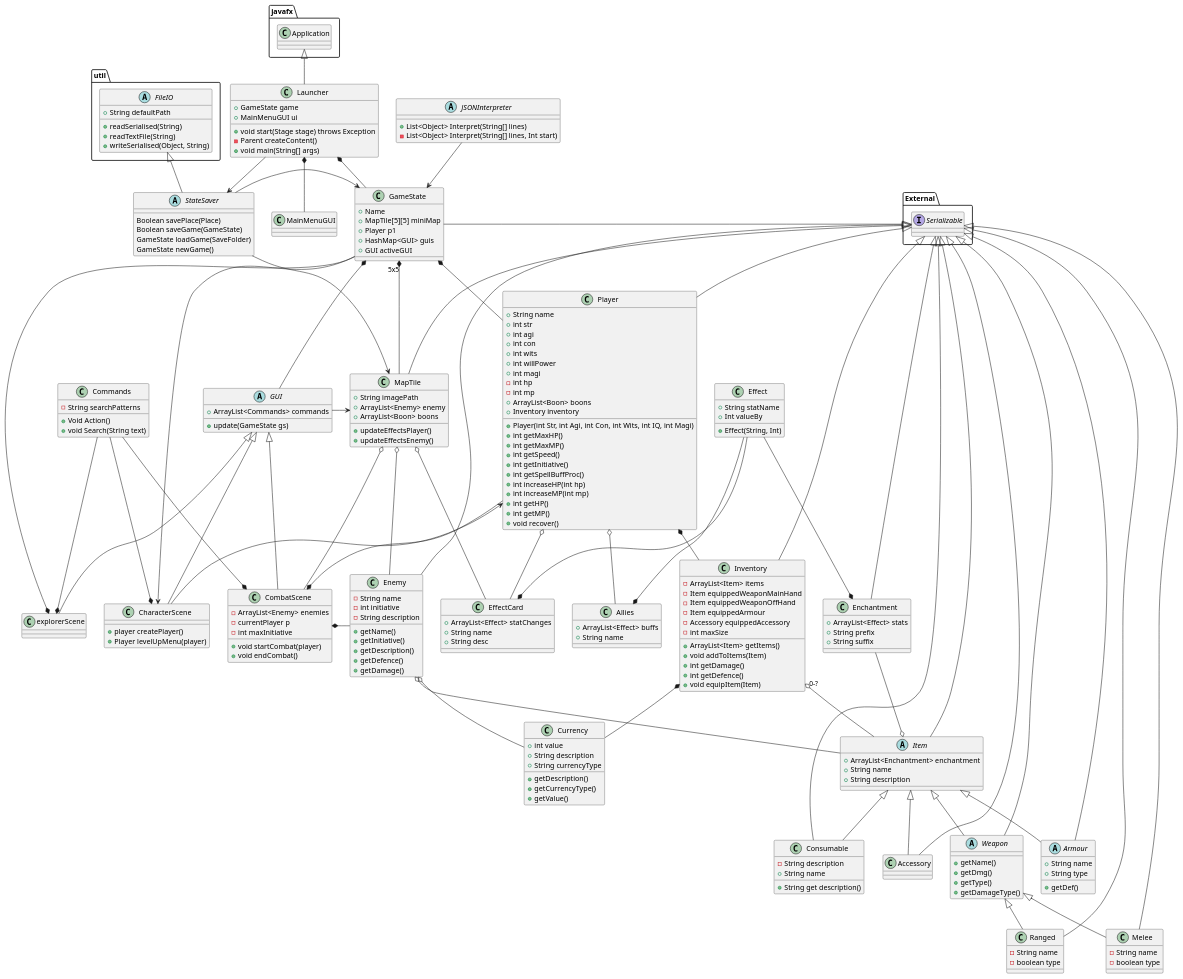
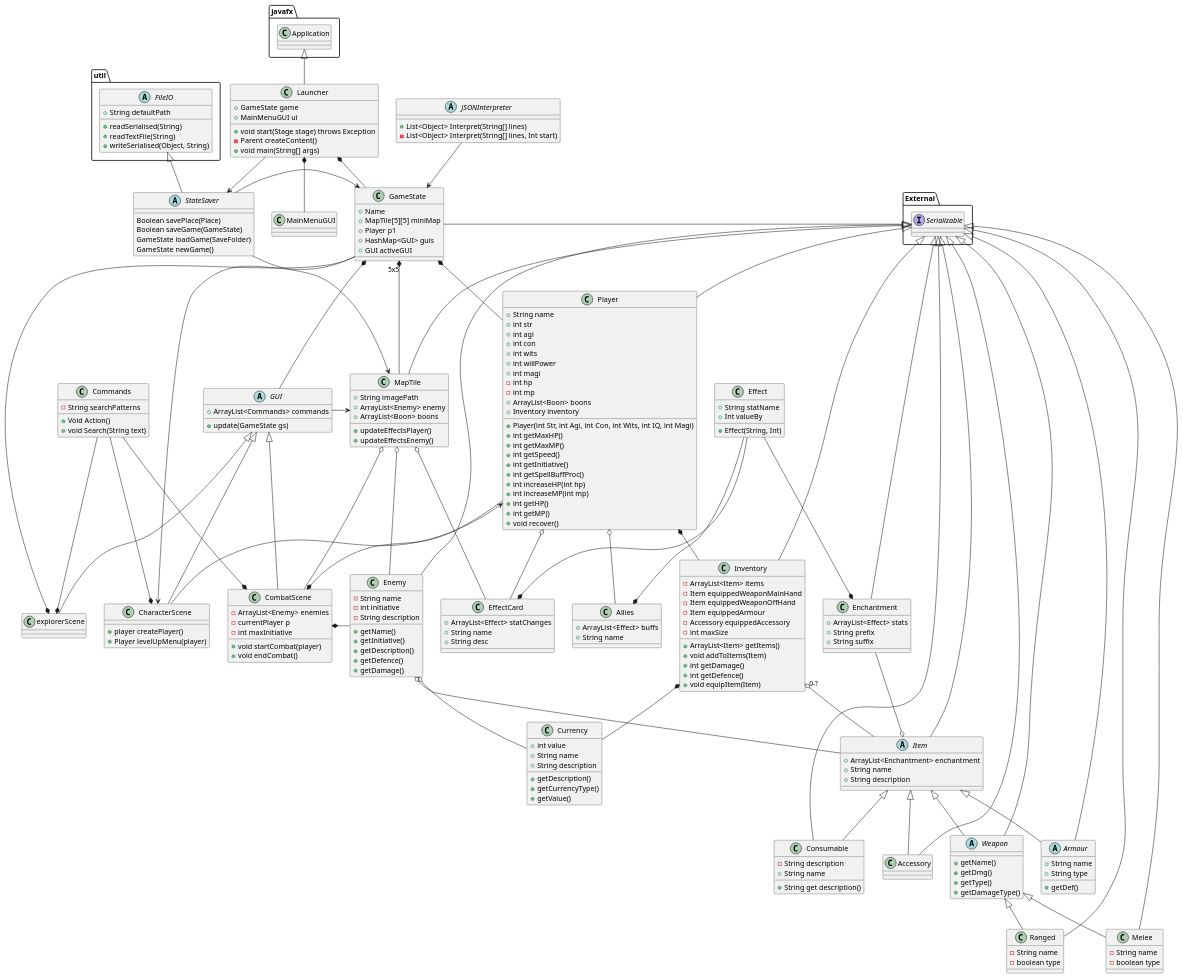
One commit to SirRolin/Philoshopers-ICE changed the diagram in Documentation/klassediagram.puml. Above: the diagram before and after it, drawn with PlantUML. The commit also changed 7 other files, not shown here.

```diff
--- a/Documentation/klassediagram.puml
+++ b/Documentation/klassediagram.puml
@@ -137,9 +137,9 @@
 }
 class Currency{
     + int value
+    + String name
     + String description
     + getDescription()
-    + String currencyType
     + getCurrencyType()
     + getValue()
 
```
